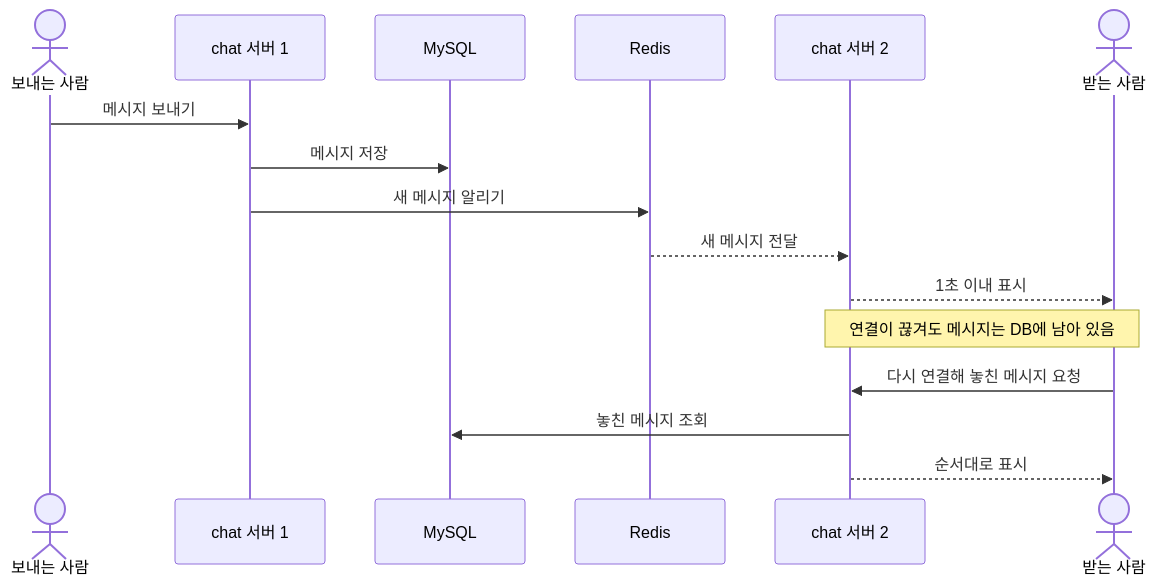
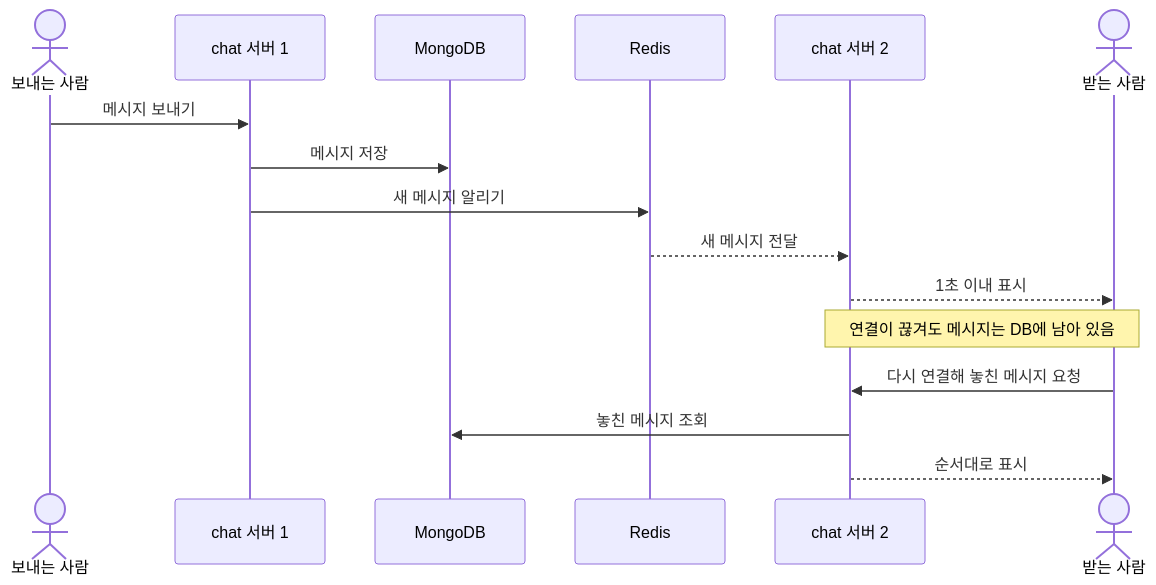
One commit to ktcloud-cloudnative-2026/team03-HelloCloud changed the third of 5 diagrams in docs/architecture.md. Above: the diagram before and after it, drawn with Mermaid. The commit also changed other lines of this file and 2 other files, not shown here.

````diff
--- a/docs/architecture.md
+++ b/docs/architecture.md
@@ -73,18 +82,18 @@
 ```mermaid
 sequenceDiagram
   actor A as 보내는 사람
   participant C1 as chat 서버 1
-  participant D as MySQL
+  participant D as MongoDB
   participant R as Redis
   participant C2 as chat 서버 2
   actor B as 받는 사람
   A->>C1: 메시지 보내기
   C1->>D: 메시지 저장
   C1->>R: 새 메시지 알리기
   R-->>C2: 새 메시지 전달
   C2-->>B: 1초 이내 표시
   Note over C2,B: 연결이 끊겨도 메시지는 DB에 남아 있음
   B->>C2: 다시 연결해 놓친 메시지 요청
   C2->>D: 놓친 메시지 조회
   C2-->>B: 순서대로 표시
 ```
````
